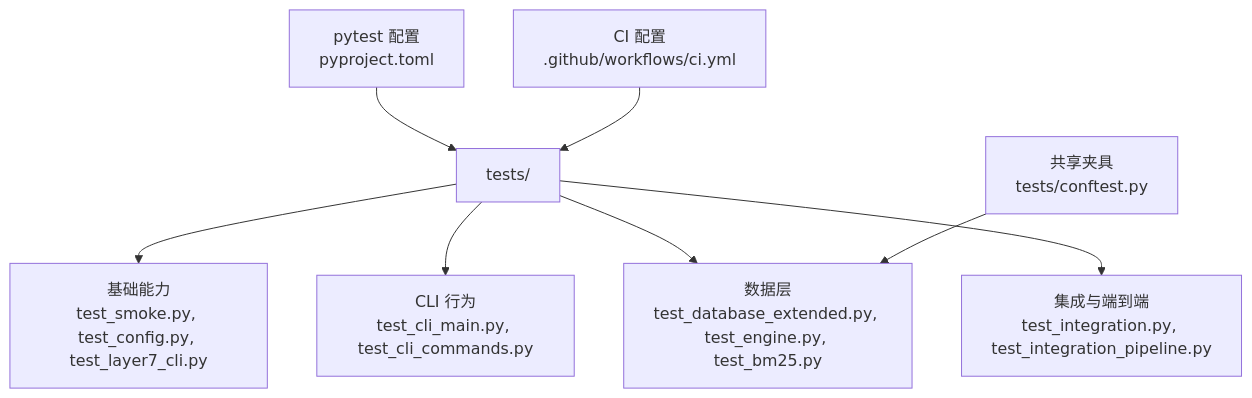
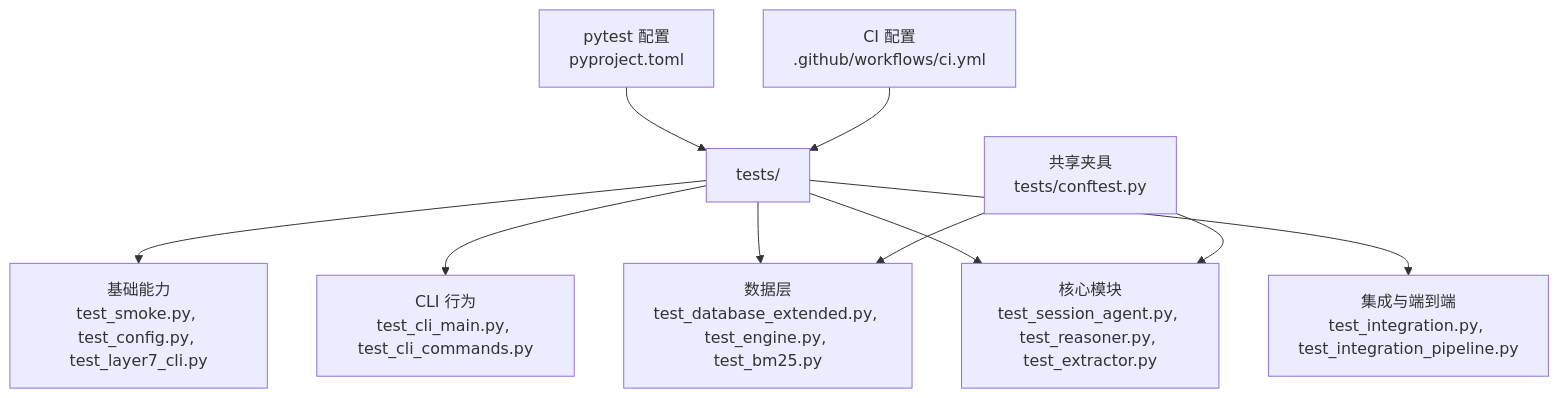
The first of 8 diagrams in .qoder/repowiki/zh/content/开发指南/测试策略.md (UynajGI/drbrain), drawn with Mermaid before and after one commit. The commit also changed other lines of this file and 6 other files, not shown here.

````diff
--- a/.qoder/repowiki/zh/content/开发指南/测试策略.md
+++ b/.qoder/repowiki/zh/content/开发指南/测试策略.md
@@ -40,10 +54,12 @@
 ```mermaid
 graph TB
 A["tests/"] --> B["基础能力<br/>test_smoke.py, test_config.py, test_layer7_cli.py"]
 A --> C["CLI 行为<br/>test_cli_main.py, test_cli_commands.py"]
 A --> D["数据层<br/>test_database_extended.py, test_engine.py, test_bm25.py"]
-A --> E["集成与端到端<br/>test_integration.py, test_integration_pipeline.py"]
-F["共享夹具<br/>tests/conftest.py"] --> D
-G["pytest 配置<br/>pyproject.toml"] --> A
-H["CI 配置<br/>.github/workflows/ci.yml"] --> A
+A --> E["核心模块<br/>test_session_agent.py, test_reasoner.py, test_extractor.py"]
+A --> F["集成与端到端<br/>test_integration.py, test_integration_pipeline.py"]
+G["共享夹具<br/>tests/conftest.py"] --> D
+G --> E
+H["pytest 配置<br/>pyproject.toml"] --> A
+I["CI 配置<br/>.github/workflows/ci.yml"] --> A
 ```
````
